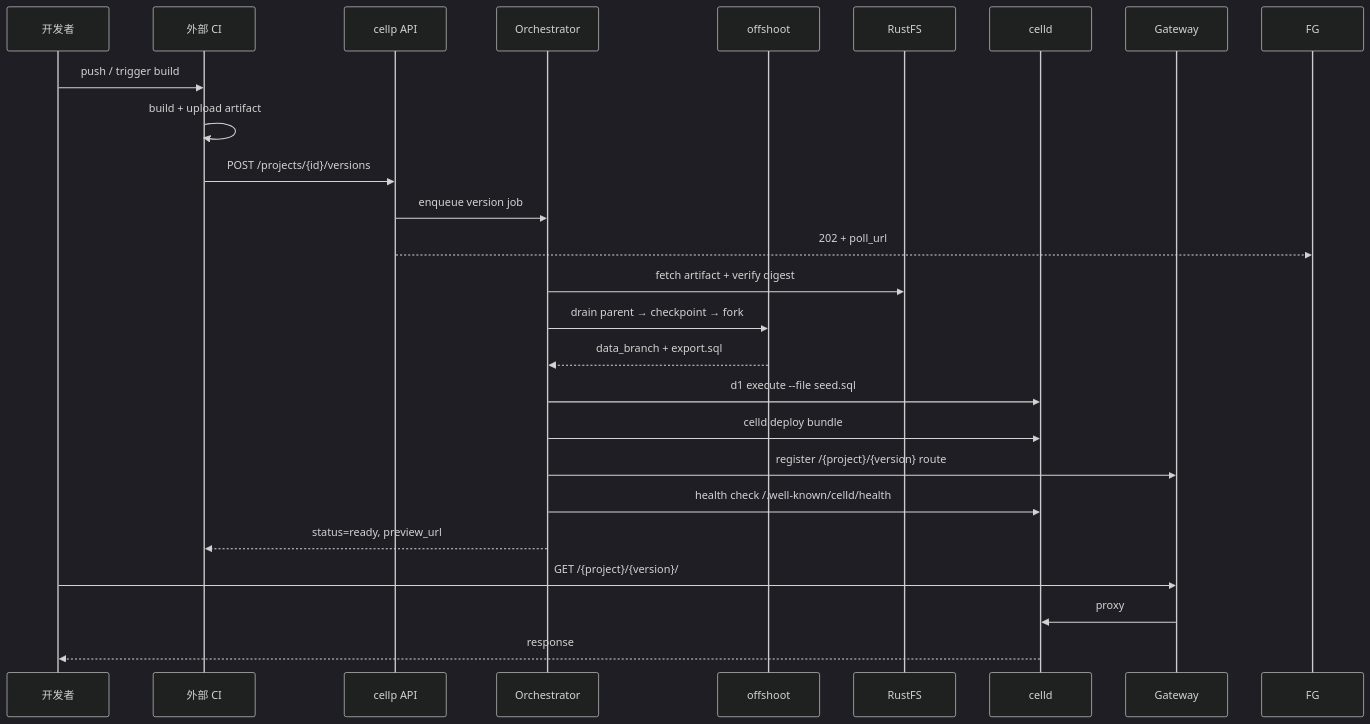
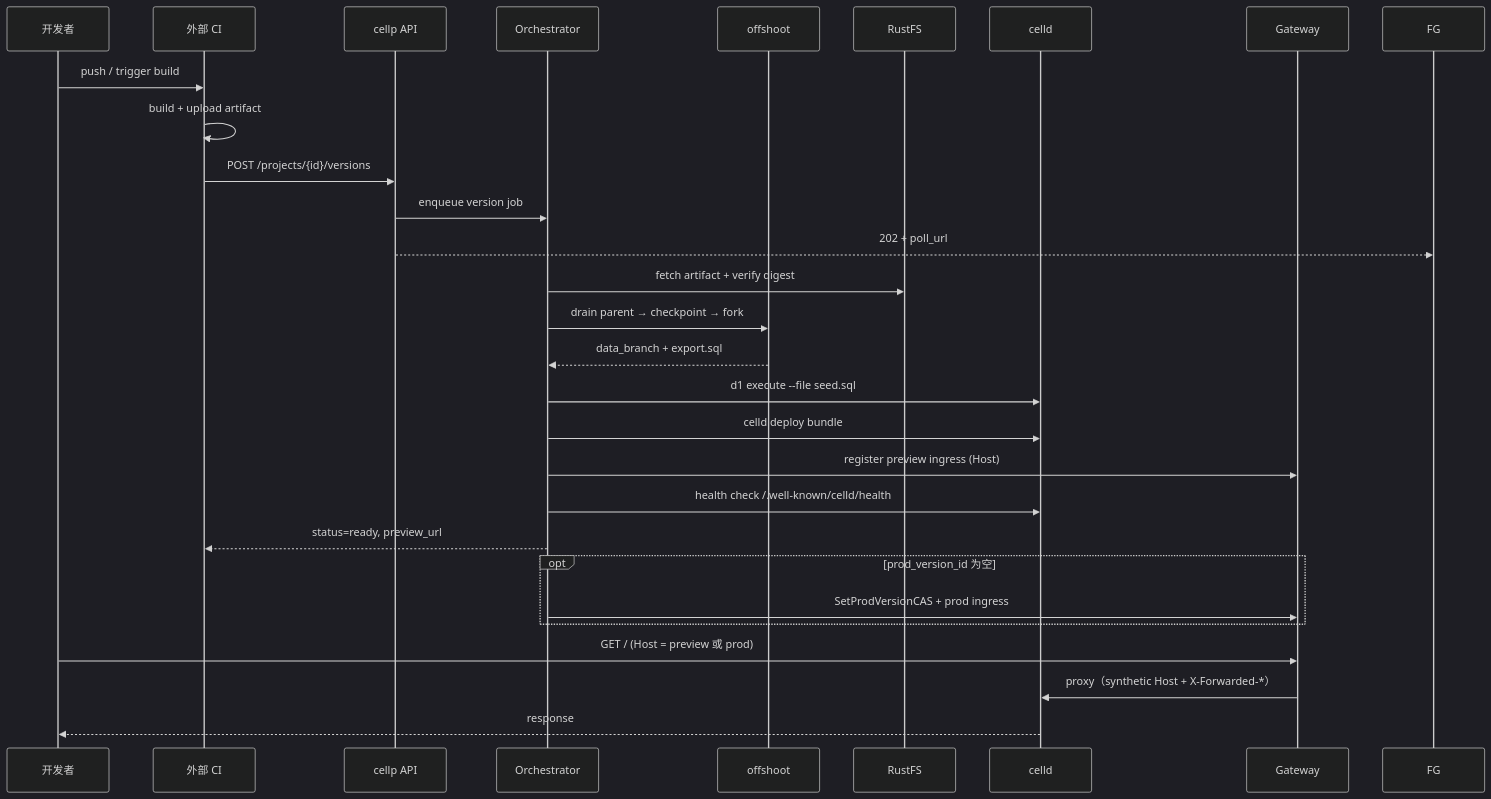
Before and after one commit to KonghaYao/cellp: the second of 5 diagrams in DESIGN.md, drawn with Mermaid (dark theme). The commit also changed other lines of this file and 59 other files, not shown here.

First line of the commit message:
docs: refresh public documentation and architecture

````diff
--- a/DESIGN.md
+++ b/DESIGN.md
@@ -270,30 +271,33 @@
 ```mermaid
 sequenceDiagram
   participant Dev as 开发者
   participant CI as 外部 CI
   participant API as cellp API
   participant Orch as Orchestrator
   participant OS as offshoot
   participant OBJ as RustFS
   participant CLD as celld
   participant GW as Gateway
 
   Dev->>CI: push / trigger build
   CI->>CI: build + upload artifact
   CI->>API: POST /projects/{id}/versions
   API->>Orch: enqueue version job
   API-->>FG: 202 + poll_url
 
   Orch->>OBJ: fetch artifact + verify digest
   Orch->>OS: drain parent → checkpoint → fork
   OS-->>Orch: data_branch + export.sql
   Orch->>CLD: d1 execute --file seed.sql
   Orch->>CLD: celld deploy bundle
-  Orch->>GW: register /{project}/{version} route
+  Orch->>GW: register preview ingress (Host)
   Orch->>CLD: health check /.well-known/celld/health
   Orch-->>CI: status=ready, preview_url
+  opt prod_version_id 为空
+    Orch->>GW: SetProdVersionCAS + prod ingress
+  end
 
-  Dev->>GW: GET /{project}/{version}/
-  GW->>CLD: proxy
+  Dev->>GW: GET / (Host = preview 或 prod)
+  GW->>CLD: proxy（synthetic Host + X-Forwarded-*）
   CLD-->>Dev: response
 ```
````
